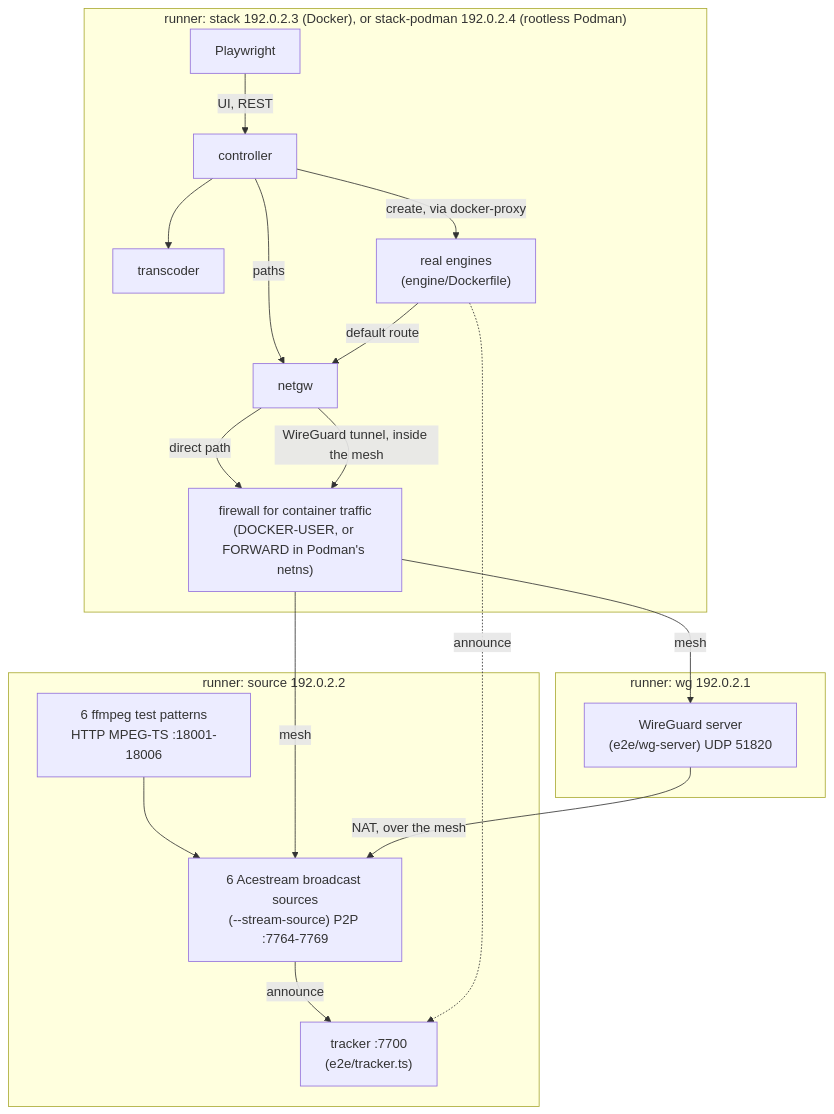
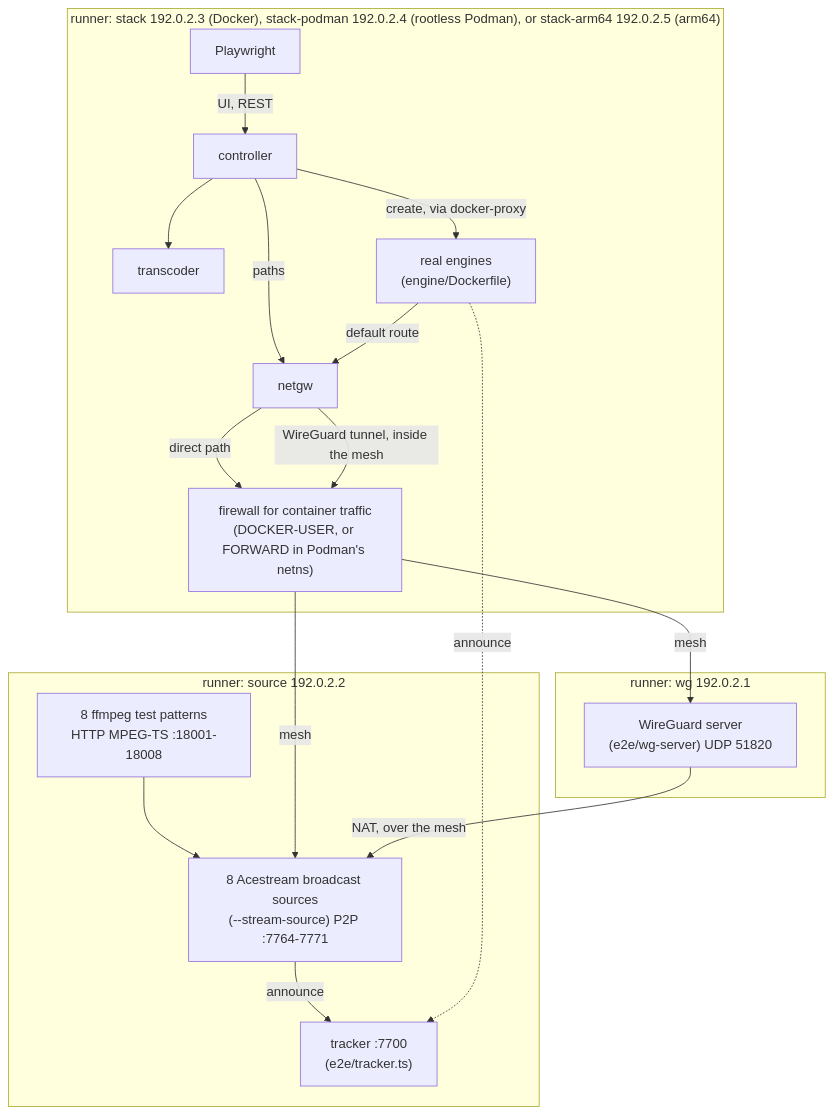
The first of 15 diagrams in e2e/README.md (sergimn/AceSwarm), drawn with Mermaid before and after one commit. The commit also changed other lines of this file and 15 other files, not shown here.

First line of the commit message:
Keep the arm64 engine's stream cache on disk (#79)

````diff
--- a/e2e/README.md
+++ b/e2e/README.md
@@ -20,24 +20,24 @@
 ```mermaid
 flowchart TB
-  subgraph stack["runner: stack 192.0.2.3 (Docker), or stack-podman 192.0.2.4 (rootless Podman)"]
+  subgraph stack["runner: stack 192.0.2.3 (Docker), stack-podman 192.0.2.4 (rootless Podman), or stack-arm64 192.0.2.5 (arm64)"]
     PW[Playwright] -- UI, REST --> C[controller]
     C --> T[transcoder]
     C -- paths --> G[netgw]
     C -- "create, via docker-proxy" --> E["real engines<br/>(engine/Dockerfile)"]
     E -- default route --> G
     FW["firewall for container traffic<br/>(DOCKER-USER, or FORWARD in Podman's netns)"]
   end
   subgraph wg["runner: wg 192.0.2.1"]
     V["WireGuard server<br/>(e2e/wg-server) UDP 51820"]
   end
   subgraph source["runner: source 192.0.2.2"]
-    F["6 ffmpeg test patterns<br/>HTTP MPEG-TS :18001-18006"] --> S["6 Acestream broadcast sources<br/>(--stream-source) P2P :7764-7769"]
+    F["8 ffmpeg test patterns<br/>HTTP MPEG-TS :18001-18008"] --> S["8 Acestream broadcast sources<br/>(--stream-source) P2P :7764-7771"]
     S -- announce --> K["tracker :7700<br/>(e2e/tracker.ts)"]
   end
   G -- "direct path" --> FW
   FW -- "mesh" --> S
   G -- "WireGuard tunnel, inside the mesh" --> FW
   FW -- "mesh" --> V
   V -- "NAT, over the mesh" --> S
   E -. announce .-> K
 ```
````
